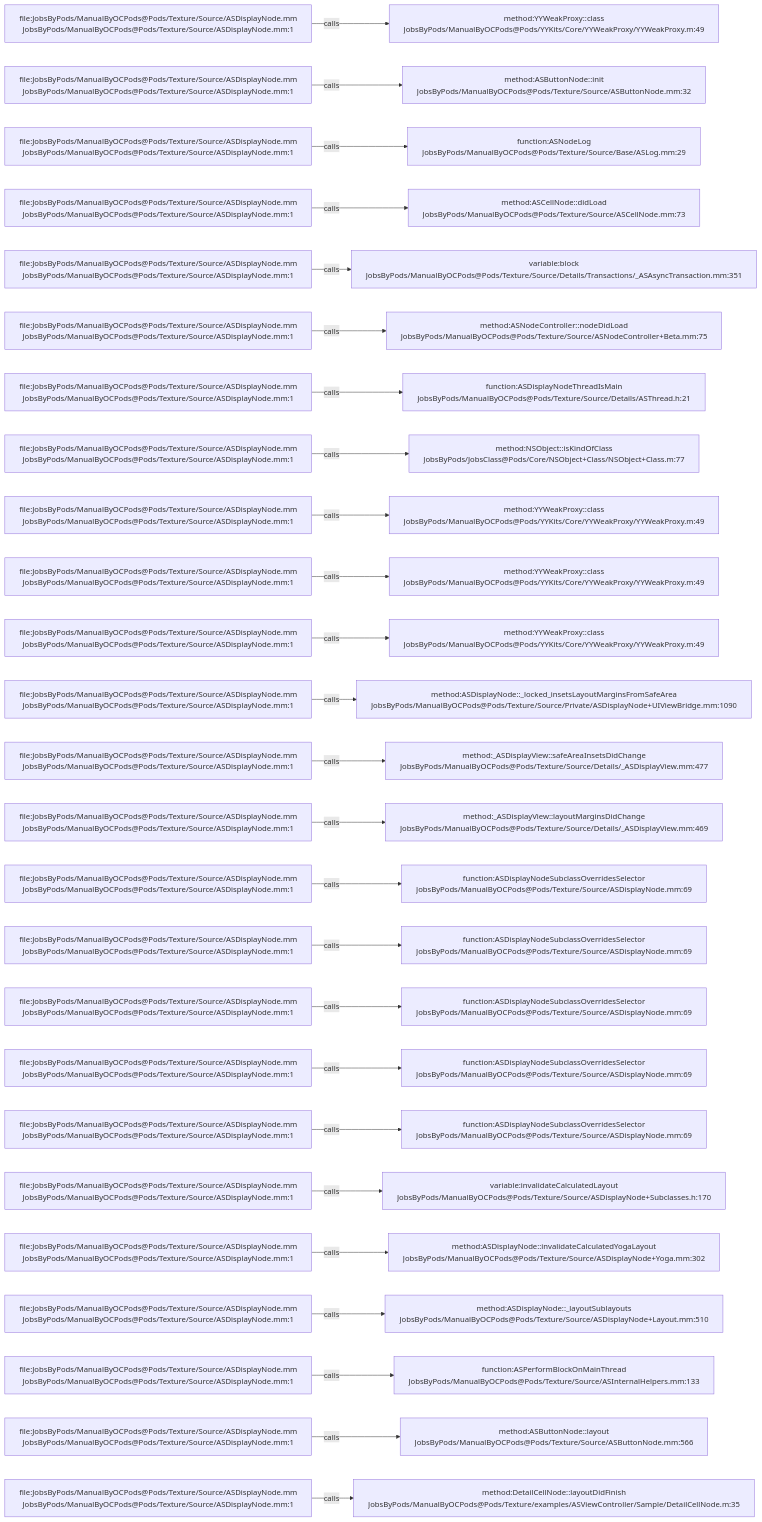
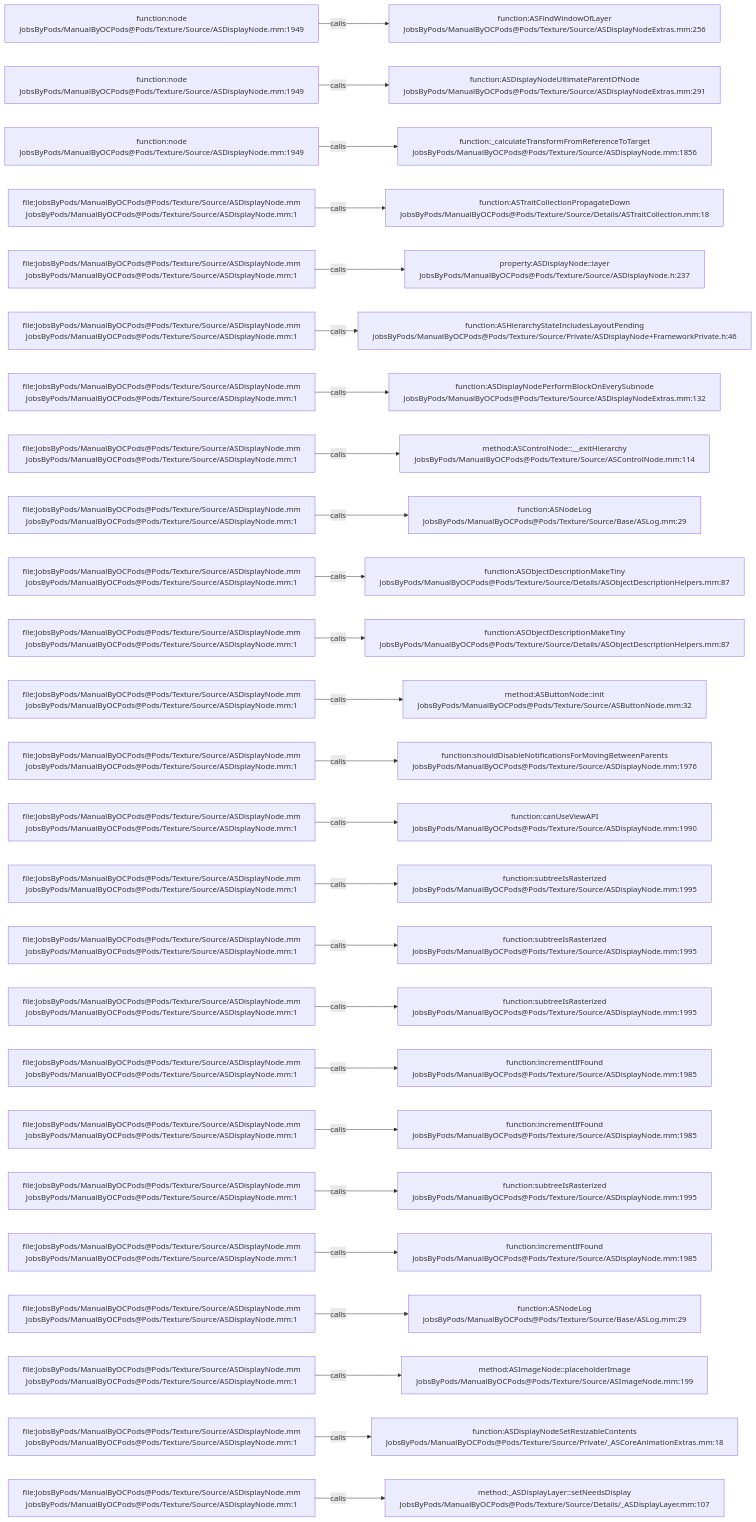
The diagram in .codegraph/codegraph.md/graphs/calls-099.md (JobsKits/JobsOCBaseConfigDemo), drawn with Mermaid before and after one commit. The commit also changed 1353 other files, not shown here.

````diff
--- a/.codegraph/codegraph.md/graphs/calls-099.md
+++ b/.codegraph/codegraph.md/graphs/calls-099.md
@@ -13,78 +13,78 @@
 ```mermaid
 flowchart LR
-  S1["file:JobsByPods/ManualByOCPods@Pods/Texture/Source/ASDisplayNode.mm<br/>JobsByPods/ManualByOCPods@Pods/Texture/Source/ASDisplayNode.mm:1"]
-  T1["method:YYWeakProxy::class<br/>JobsByPods/ManualByOCPods@Pods/YYKits/Core/YYWeakProxy/YYWeakProxy.m:49"]
+  S1["function:node<br/>JobsByPods/ManualByOCPods@Pods/Texture/Source/ASDisplayNode.mm:1949"]
+  T1["function:ASFindWindowOfLayer<br/>JobsByPods/ManualByOCPods@Pods/Texture/Source/ASDisplayNodeExtras.mm:256"]
   S1 -->|calls| T1
-  S2["file:JobsByPods/ManualByOCPods@Pods/Texture/Source/ASDisplayNode.mm<br/>JobsByPods/ManualByOCPods@Pods/Texture/Source/ASDisplayNode.mm:1"]
-  T2["method:ASButtonNode::init<br/>JobsByPods/ManualByOCPods@Pods/Texture/Source/ASButtonNode.mm:32"]
+  S2["function:node<br/>JobsByPods/ManualByOCPods@Pods/Texture/Source/ASDisplayNode.mm:1949"]
+  T2["function:ASDisplayNodeUltimateParentOfNode<br/>JobsByPods/ManualByOCPods@Pods/Texture/Source/ASDisplayNodeExtras.mm:291"]
   S2 -->|calls| T2
-  S3["file:JobsByPods/ManualByOCPods@Pods/Texture/Source/ASDisplayNode.mm<br/>JobsByPods/ManualByOCPods@Pods/Texture/Source/ASDisplayNode.mm:1"]
-  T3["function:ASNodeLog<br/>JobsByPods/ManualByOCPods@Pods/Texture/Source/Base/ASLog.mm:29"]
+  S3["function:node<br/>JobsByPods/ManualByOCPods@Pods/Texture/Source/ASDisplayNode.mm:1949"]
+  T3["function:_calculateTransformFromReferenceToTarget<br/>JobsByPods/ManualByOCPods@Pods/Texture/Source/ASDisplayNode.mm:1856"]
   S3 -->|calls| T3
   S4["file:JobsByPods/ManualByOCPods@Pods/Texture/Source/ASDisplayNode.mm<br/>JobsByPods/ManualByOCPods@Pods/Texture/Source/ASDisplayNode.mm:1"]
-  T4["method:ASCellNode::didLoad<br/>JobsByPods/ManualByOCPods@Pods/Texture/Source/ASCellNode.mm:73"]
+  T4["function:ASTraitCollectionPropagateDown<br/>JobsByPods/ManualByOCPods@Pods/Texture/Source/Details/ASTraitCollection.mm:18"]
   S4 -->|calls| T4
   S5["file:JobsByPods/ManualByOCPods@Pods/Texture/Source/ASDisplayNode.mm<br/>JobsByPods/ManualByOCPods@Pods/Texture/Source/ASDisplayNode.mm:1"]
-  T5["variable:block<br/>JobsByPods/ManualByOCPods@Pods/Texture/Source/Details/Transactions/_ASAsyncTransaction.mm:351"]
+  T5["property:ASDisplayNode::layer<br/>JobsByPods/ManualByOCPods@Pods/Texture/Source/ASDisplayNode.h:237"]
   S5 -->|calls| T5
   S6["file:JobsByPods/ManualByOCPods@Pods/Texture/Source/ASDisplayNode.mm<br/>JobsByPods/ManualByOCPods@Pods/Texture/Source/ASDisplayNode.mm:1"]
-  T6["method:ASNodeController::nodeDidLoad<br/>JobsByPods/ManualByOCPods@Pods/Texture/Source/ASNodeController+Beta.mm:75"]
+  T6["function:ASHierarchyStateIncludesLayoutPending<br/>JobsByPods/ManualByOCPods@Pods/Texture/Source/Private/ASDisplayNode+FrameworkPrivate.h:46"]
   S6 -->|calls| T6
   S7["file:JobsByPods/ManualByOCPods@Pods/Texture/Source/ASDisplayNode.mm<br/>JobsByPods/ManualByOCPods@Pods/Texture/Source/ASDisplayNode.mm:1"]
-  T7["function:ASDisplayNodeThreadIsMain<br/>JobsByPods/ManualByOCPods@Pods/Texture/Source/Details/ASThread.h:21"]
+  T7["function:ASDisplayNodePerformBlockOnEverySubnode<br/>JobsByPods/ManualByOCPods@Pods/Texture/Source/ASDisplayNodeExtras.mm:132"]
   S7 -->|calls| T7
   S8["file:JobsByPods/ManualByOCPods@Pods/Texture/Source/ASDisplayNode.mm<br/>JobsByPods/ManualByOCPods@Pods/Texture/Source/ASDisplayNode.mm:1"]
-  T8["method:NSObject::isKindOfClass<br/>JobsByPods/JobsClass@Pods/Core/NSObject+Class/NSObject+Class.m:77"]
+  T8["method:ASControlNode::__exitHierarchy<br/>JobsByPods/ManualByOCPods@Pods/Texture/Source/ASControlNode.mm:114"]
   S8 -->|calls| T8
   S9["file:JobsByPods/ManualByOCPods@Pods/Texture/Source/ASDisplayNode.mm<br/>JobsByPods/ManualByOCPods@Pods/Texture/Source/ASDisplayNode.mm:1"]
-  T9["method:YYWeakProxy::class<br/>JobsByPods/ManualByOCPods@Pods/YYKits/Core/YYWeakProxy/YYWeakProxy.m:49"]
+  T9["function:ASNodeLog<br/>JobsByPods/ManualByOCPods@Pods/Texture/Source/Base/ASLog.mm:29"]
   S9 -->|calls| T9
   S10["file:JobsByPods/ManualByOCPods@Pods/Texture/Source/ASDisplayNode.mm<br/>JobsByPods/ManualByOCPods@Pods/Texture/Source/ASDisplayNode.mm:1"]
-  T10["method:YYWeakProxy::class<br/>JobsByPods/ManualByOCPods@Pods/YYKits/Core/YYWeakProxy/YYWeakProxy.m:49"]
+  T10["function:ASObjectDescriptionMakeTiny<br/>JobsByPods/ManualByOCPods@Pods/Texture/Source/Details/ASObjectDescriptionHelpers.mm:87"]
   S10 -->|calls| T10
   S11["file:JobsByPods/ManualByOCPods@Pods/Texture/Source/ASDisplayNode.mm<br/>JobsByPods/ManualByOCPods@Pods/Texture/Source/ASDisplayNode.mm:1"]
-  T11["method:YYWeakProxy::class<br/>JobsByPods/ManualByOCPods@Pods/YYKits/Core/YYWeakProxy/YYWeakProxy.m:49"]
+  T11["function:ASObjectDescriptionMakeTiny<br/>JobsByPods/ManualByOCPods@Pods/Texture/Source/Details/ASObjectDescriptionHelpers.mm:87"]
   S11 -->|calls| T11
   S12["file:JobsByPods/ManualByOCPods@Pods/Texture/Source/ASDisplayNode.mm<br/>JobsByPods/ManualByOCPods@Pods/Texture/Source/ASDisplayNode.mm:1"]
-  T12["method:ASDisplayNode::_locked_insetsLayoutMarginsFromSafeArea<br/>JobsByPods/ManualByOCPods@Pods/Texture/Source/Private/ASDisplayNode+UIViewBridge.mm:1090"]
+  T12["method:ASButtonNode::init<br/>JobsByPods/ManualByOCPods@Pods/Texture/Source/ASButtonNode.mm:32"]
   S12 -->|calls| T12
   S13["file:JobsByPods/ManualByOCPods@Pods/Texture/Source/ASDisplayNode.mm<br/>JobsByPods/ManualByOCPods@Pods/Texture/Source/ASDisplayNode.mm:1"]
-  T13["method:_ASDisplayView::safeAreaInsetsDidChange<br/>JobsByPods/ManualByOCPods@Pods/Texture/Source/Details/_ASDisplayView.mm:477"]
+  T13["function:shouldDisableNotificationsForMovingBetweenParents<br/>JobsByPods/ManualByOCPods@Pods/Texture/Source/ASDisplayNode.mm:1976"]
   S13 -->|calls| T13
   S14["file:JobsByPods/ManualByOCPods@Pods/Texture/Source/ASDisplayNode.mm<br/>JobsByPods/ManualByOCPods@Pods/Texture/Source/ASDisplayNode.mm:1"]
-  T14["method:_ASDisplayView::layoutMarginsDidChange<br/>JobsByPods/ManualByOCPods@Pods/Texture/Source/Details/_ASDisplayView.mm:469"]
+  T14["function:canUseViewAPI<br/>JobsByPods/ManualByOCPods@Pods/Texture/Source/ASDisplayNode.mm:1990"]
   S14 -->|calls| T14
   S15["file:JobsByPods/ManualByOCPods@Pods/Texture/Source/ASDisplayNode.mm<br/>JobsByPods/ManualByOCPods@Pods/Texture/Source/ASDisplayNode.mm:1"]
-  T15["function:ASDisplayNodeSubclassOverridesSelector<br/>JobsByPods/ManualByOCPods@Pods/Texture/Source/ASDisplayNode.mm:69"]
+  T15["function:subtreeIsRasterized<br/>JobsByPods/ManualByOCPods@Pods/Texture/Source/ASDisplayNode.mm:1995"]
   S15 -->|calls| T15
   S16["file:JobsByPods/ManualByOCPods@Pods/Texture/Source/ASDisplayNode.mm<br/>JobsByPods/ManualByOCPods@Pods/Texture/Source/ASDisplayNode.mm:1"]
-  T16["function:ASDisplayNodeSubclassOverridesSelector<br/>JobsByPods/ManualByOCPods@Pods/Texture/Source/ASDisplayNode.mm:69"]
+  T16["function:subtreeIsRasterized<br/>JobsByPods/ManualByOCPods@Pods/Texture/Source/ASDisplayNode.mm:1995"]
   S16 -->|calls| T16
   S17["file:JobsByPods/ManualByOCPods@Pods/Texture/Source/ASDisplayNode.mm<br/>JobsByPods/ManualByOCPods@Pods/Texture/Source/ASDisplayNode.mm:1"]
-  T17["function:ASDisplayNodeSubclassOverridesSelector<br/>JobsByPods/ManualByOCPods@Pods/Texture/Source/ASDisplayNode.mm:69"]
+  T17["function:subtreeIsRasterized<br/>JobsByPods/ManualByOCPods@Pods/Texture/Source/ASDisplayNode.mm:1995"]
   S17 -->|calls| T17
   S18["file:JobsByPods/ManualByOCPods@Pods/Texture/Source/ASDisplayNode.mm<br/>JobsByPods/ManualByOCPods@Pods/Texture/Source/ASDisplayNode.mm:1"]
-  T18["function:ASDisplayNodeSubclassOverridesSelector<br/>JobsByPods/ManualByOCPods@Pods/Texture/Source/ASDisplayNode.mm:69"]
+  T18["function:incrementIfFound<br/>JobsByPods/ManualByOCPods@Pods/Texture/Source/ASDisplayNode.mm:1985"]
   S18 -->|calls| T18
   S19["file:JobsByPods/ManualByOCPods@Pods/Texture/Source/ASDisplayNode.mm<br/>JobsByPods/ManualByOCPods@Pods/Texture/Source/ASDisplayNode.mm:1"]
-  T19["function:ASDisplayNodeSubclassOverridesSelector<br/>JobsByPods/ManualByOCPods@Pods/Texture/Source/ASDisplayNode.mm:69"]
+  T19["function:incrementIfFound<br/>JobsByPods/ManualByOCPods@Pods/Texture/Source/ASDisplayNode.mm:1985"]
   S19 -->|calls| T19
   S20["file:JobsByPods/ManualByOCPods@Pods/Texture/Source/ASDisplayNode.mm<br/>JobsByPods/ManualByOCPods@Pods/Texture/Source/ASDisplayNode.mm:1"]
-  T20["variable:invalidateCalculatedLayout<br/>JobsByPods/ManualByOCPods@Pods/Texture/Source/ASDisplayNode+Subclasses.h:170"]
+  T20["function:subtreeIsRasterized<br/>JobsByPods/ManualByOCPods@Pods/Texture/Source/ASDisplayNode.mm:1995"]
   S20 -->|calls| T20
   S21["file:JobsByPods/ManualByOCPods@Pods/Texture/Source/ASDisplayNode.mm<br/>JobsByPods/ManualByOCPods@Pods/Texture/Source/ASDisplayNode.mm:1"]
-  T21["method:ASDisplayNode::invalidateCalculatedYogaLayout<br/>JobsByPods/ManualByOCPods@Pods/Texture/Source/ASDisplayNode+Yoga.mm:302"]
+  T21["function:incrementIfFound<br/>JobsByPods/ManualByOCPods@Pods/Texture/Source/ASDisplayNode.mm:1985"]
   S21 -->|calls| T21
   S22["file:JobsByPods/ManualByOCPods@Pods/Texture/Source/ASDisplayNode.mm<br/>JobsByPods/ManualByOCPods@Pods/Texture/Source/ASDisplayNode.mm:1"]
-  T22["method:ASDisplayNode::_layoutSublayouts<br/>JobsByPods/ManualByOCPods@Pods/Texture/Source/ASDisplayNode+Layout.mm:510"]
+  T22["function:ASNodeLog<br/>JobsByPods/ManualByOCPods@Pods/Texture/Source/Base/ASLog.mm:29"]
   S22 -->|calls| T22
   S23["file:JobsByPods/ManualByOCPods@Pods/Texture/Source/ASDisplayNode.mm<br/>JobsByPods/ManualByOCPods@Pods/Texture/Source/ASDisplayNode.mm:1"]
-  T23["function:ASPerformBlockOnMainThread<br/>JobsByPods/ManualByOCPods@Pods/Texture/Source/ASInternalHelpers.mm:133"]
+  T23["method:ASImageNode::placeholderImage<br/>JobsByPods/ManualByOCPods@Pods/Texture/Source/ASImageNode.mm:199"]
   S23 -->|calls| T23
   S24["file:JobsByPods/ManualByOCPods@Pods/Texture/Source/ASDisplayNode.mm<br/>JobsByPods/ManualByOCPods@Pods/Texture/Source/ASDisplayNode.mm:1"]
-  T24["method:ASButtonNode::layout<br/>JobsByPods/ManualByOCPods@Pods/Texture/Source/ASButtonNode.mm:566"]
+  T24["function:ASDisplayNodeSetResizableContents<br/>JobsByPods/ManualByOCPods@Pods/Texture/Source/Private/_ASCoreAnimationExtras.mm:18"]
   S24 -->|calls| T24
   S25["file:JobsByPods/ManualByOCPods@Pods/Texture/Source/ASDisplayNode.mm<br/>JobsByPods/ManualByOCPods@Pods/Texture/Source/ASDisplayNode.mm:1"]
-  T25["method:DetailCellNode::layoutDidFinish<br/>JobsByPods/ManualByOCPods@Pods/Texture/examples/ASViewController/Sample/DetailCellNode.m:35"]
+  T25["method:_ASDisplayLayer::setNeedsDisplay<br/>JobsByPods/ManualByOCPods@Pods/Texture/Source/Details/_ASDisplayLayer.mm:107"]
   S25 -->|calls| T25
 ```
````
